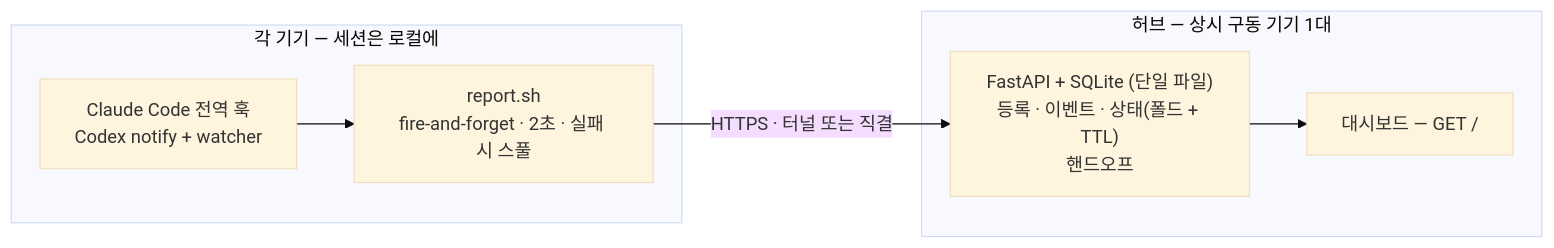
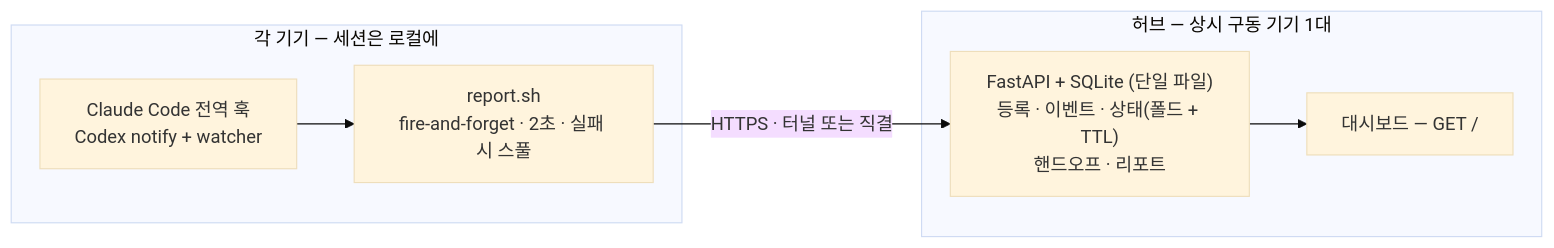
Before and after one commit to hierrr/madison: the diagram in README.ko.md, drawn with Mermaid (base theme). The commit also changed other lines of this file and 6 other files, not shown here.

````diff
--- a/README.ko.md
+++ b/README.ko.md
@@ -60,14 +63,14 @@
 ```mermaid
 flowchart LR
     subgraph dev["각 기기 — 세션은 로컬에"]
         hooks["Claude Code 전역 훅<br/>Codex notify + watcher"]
         rep["report.sh<br/>fire-and-forget · 2초 · 실패 시 스풀"]
         hooks --> rep
     end
     rep -->|"HTTPS · 터널 또는 직결"| api
     subgraph hub["허브 — 상시 구동 기기 1대"]
-        api["FastAPI + SQLite (단일 파일)<br/>등록 · 이벤트 · 상태(폴드 + TTL)<br/>핸드오프"]
+        api["FastAPI + SQLite (단일 파일)<br/>등록 · 이벤트 · 상태(폴드 + TTL)<br/>핸드오프 · 리포트"]
         dash["대시보드 — GET /"]
         api --> dash
     end
 ```
````
